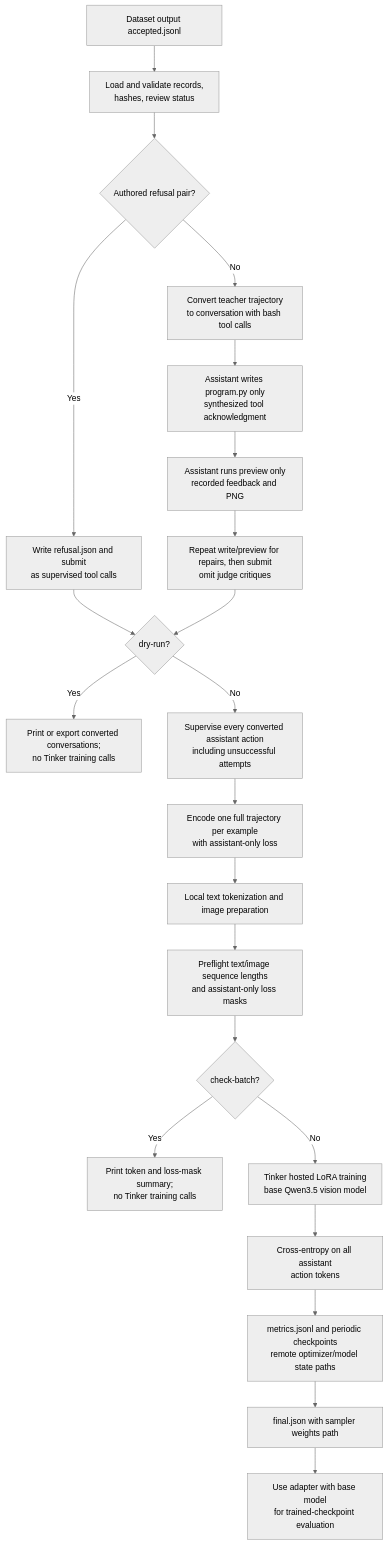
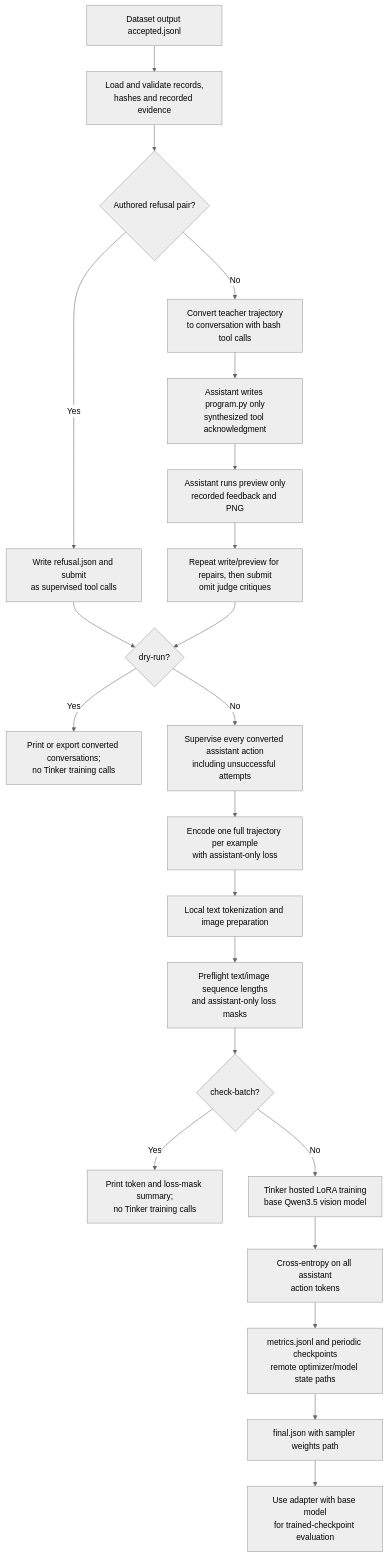
Before and after one commit to RashikShahjahan/artsy-fartsy: the fourth of 5 diagrams in docs/pipeline-diagrams.md, drawn with Mermaid (neutral theme). The commit also changed other lines of this file and 27 other files, not shown here.

Commit message:
Remove automated dataset filtering and consolidate human review

````diff
--- a/docs/pipeline-diagrams.md
+++ b/docs/pipeline-diagrams.md
@@ -97,24 +107,24 @@
 ```mermaid
 flowchart TD
-    A[Dataset output accepted.jsonl] --> B[Load and validate records,<br/>hashes, review status]
+    A[Dataset output accepted.jsonl] --> B[Load and validate records,<br/>hashes and recorded evidence]
     B --> P{Authored refusal pair?}
     P -- Yes --> X[Write refusal.json and submit<br/>as supervised tool calls]
     X --> Q
     P -- No --> C[Convert teacher trajectory<br/>to conversation with bash tool calls]
     C --> W[Assistant writes program.py only<br/>synthesized tool acknowledgment]
     W --> V[Assistant runs preview only<br/>recorded feedback and PNG]
     V --> D[Repeat write/preview for repairs, then submit<br/>omit judge critiques]
     D --> Q{dry-run?}
     Q -- Yes --> J[Print or export converted conversations;<br/>no Tinker training calls]
     Q -- No --> E[Supervise every converted assistant action<br/>including unsuccessful attempts]
     E --> F[Encode one full trajectory per example<br/>with assistant-only loss]
     F --> G[Local text tokenization and image preparation]
     G --> H[Preflight text/image sequence lengths<br/>and assistant-only loss masks]
     H --> I{check-batch?}
     I -- Yes --> R[Print token and loss-mask summary;<br/>no Tinker training calls]
     I -- No --> K[Tinker hosted LoRA training<br/>base Qwen3.5 vision model]
     K --> L[Cross-entropy on all assistant<br/>action tokens]
     L --> M[metrics.jsonl and periodic checkpoints<br/>remote optimizer/model state paths]
     M --> N[final.json with sampler weights path]
     N --> O[Use adapter with base model<br/>for trained-checkpoint evaluation]
 ```
````
